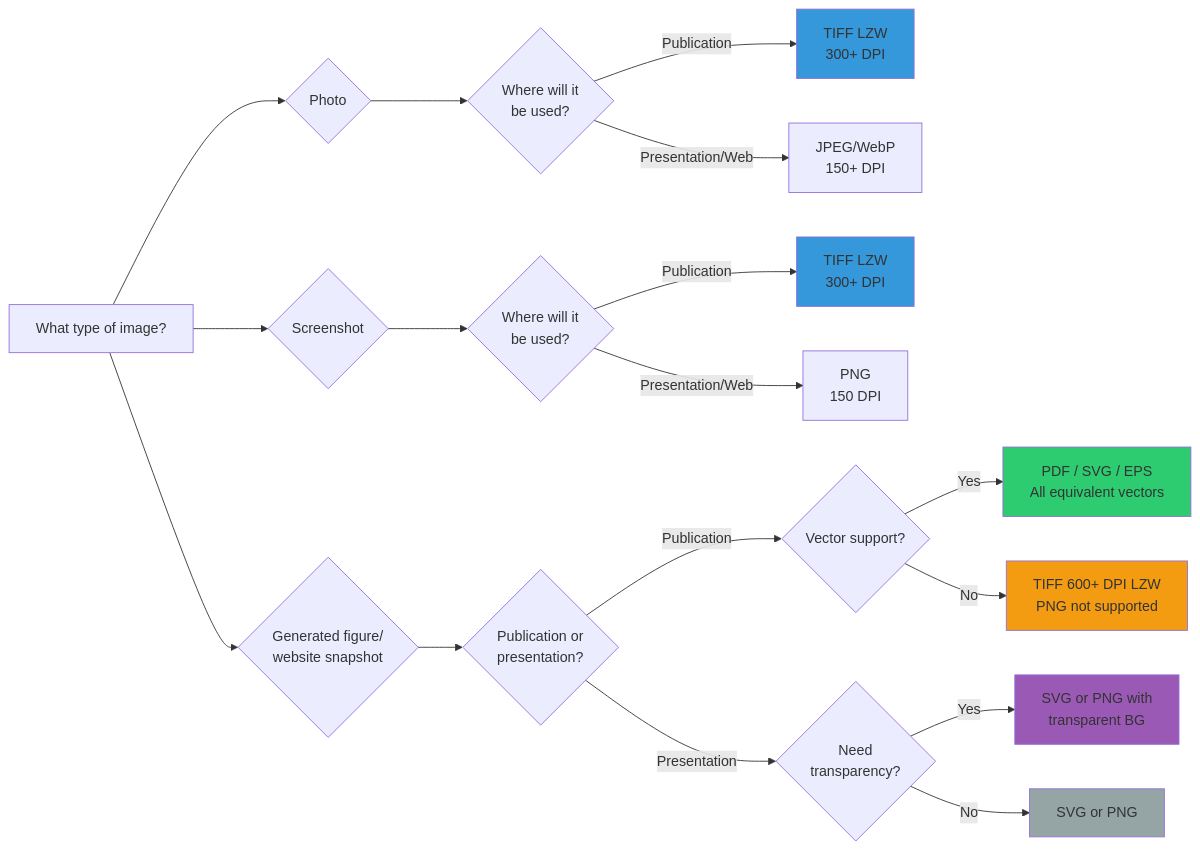
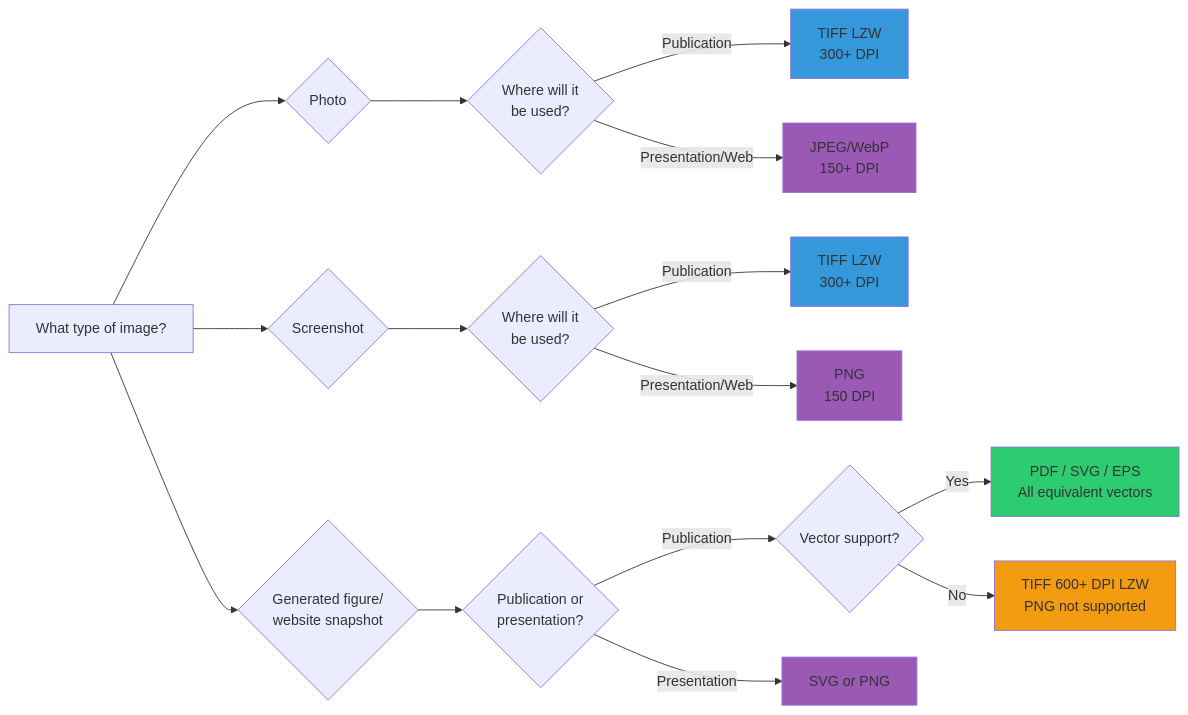
One commit to stanstrup/figure_presentation changed the diagram in topics/01_formats.qmd. Above: the diagram before and after it, drawn with Mermaid.

Commit message:
Simplify mermaid flowchart and make colors consistent
- Removed "Need transparency?" decision for presentations
- Go directly to "SVG or PNG" recommendation for generated figures/presentations
- Consistent color scheme:
  * Blue (#3498db): Publication raster formats (TIFF LZW)
  * Green (#2ecc71): Publication vector formats (PDF/SVG/EPS)
  * Orange (#f39c12): Publication raster fallback when vector unsupported
  * Purple (#9b59b6): All presentation formats (JPEG/WebP, PNG, SVG/PNG)

````diff
--- a/topics/01_formats.qmd
+++ b/topics/01_formats.qmd
@@ -198,35 +198,32 @@
 ```{mermaid}
 
 flowchart LR
     A[What type of image?] --> B{Photo}
     A --> C{Screenshot}
     A --> D{Generated figure/<br/>website snapshot}
 
 
     B --> B1{Where will it<br/>be used?}
     B1 -->|Publication| B2[TIFF LZW<br/>300+ DPI]
     B1 -->|Presentation/Web| B3[JPEG/WebP <br/> 150+ DPI]
 
     C --> C1{Where will it<br/>be used?}
     C1 -->|Publication| C2[TIFF LZW<br/>300+ DPI]
     C1 -->|Presentation/Web| C3[PNG<br/>150 DPI]
 
     D --> D1{Publication or<br/>presentation?}
     D1 -->|Publication| D2{Vector support?}
-    D1 -->|Presentation| D3{Need<br/>transparency?}
+    D1 -->|Presentation| D3[SVG or PNG]
 
     D2 -->|Yes| D4[PDF / SVG / EPS<br/>All equivalent vectors]
     D2 -->|No| D5[TIFF 600+ DPI LZW<br/>PNG not supported]
 
-
-    D3 -->|Yes| D6[SVG or PNG with <br/>transparent BG]
-    D3 -->|No| D7[SVG or PNG]
-
     style D4 fill:#2ecc71
     style D5 fill:#f39c12
-    style D6 fill:#9b59b6
-    style D7 fill:#95a5a6
+    style D3 fill:#9b59b6
     style B2 fill:#3498db
+    style B3 fill:#9b59b6
     style C2 fill:#3498db
+    style C3 fill:#9b59b6
 
 ```
````
